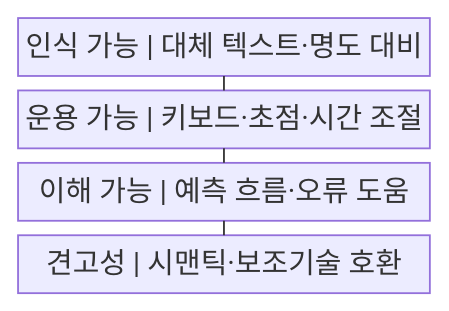
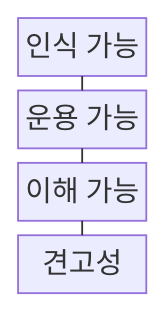
Before and after one commit to agnusdei1207/knowledge-base: the first of 2 diagrams in src/content/docs/notes/03-software/194_digital_accessibility_wcag.md, drawn with Mermaid. The commit also changed other lines of this file and 238 other files, not shown here.

````diff
--- a/src/content/docs/notes/03-software/194_digital_accessibility_wcag.md
+++ b/src/content/docs/notes/03-software/194_digital_accessibility_wcag.md
@@ -53,11 +53,11 @@
 ```mermaid
-block
+block-beta
     columns 1
-    A["인식 가능 | 대체 텍스트·명도 대비"]
-    B["운용 가능 | 키보드·초점·시간 조절"]
-    C["이해 가능 | 예측 흐름·오류 도움"]
-    D["견고성 | 시맨틱·보조기술 호환"]
+    A["인식 가능"]
+    B["운용 가능"]
+    C["이해 가능"]
+    D["견고성"]
     A --- B
     B --- C
     C --- D
 ```
````
